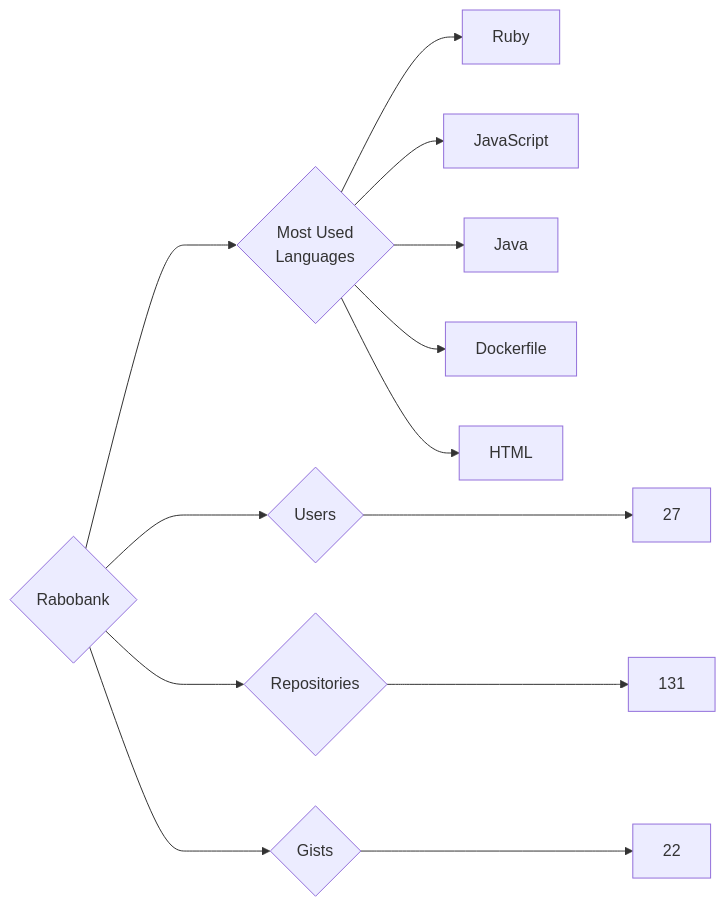
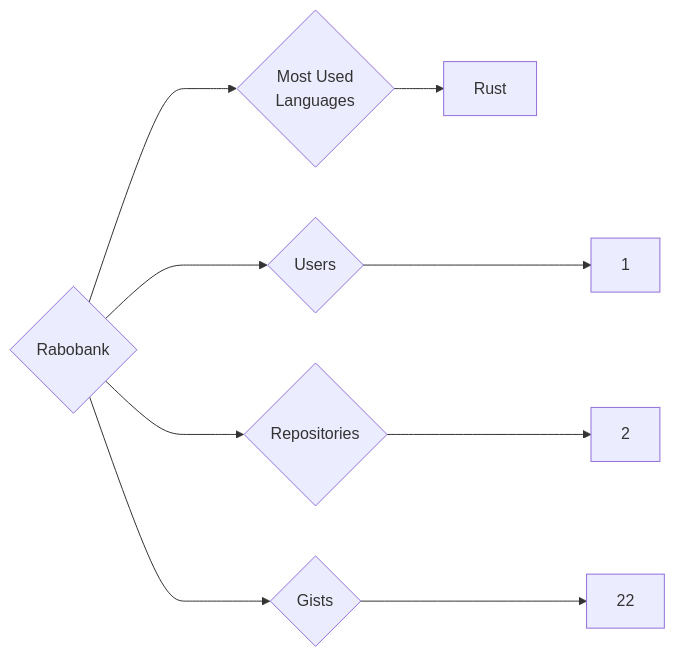
One commit to trickest/insiders changed the diagram in targets/Rabobank/README.md. Above: the diagram before and after it, drawn with Mermaid. The commit also changed 444 other files, not shown here.

````diff
--- a/targets/Rabobank/README.md
+++ b/targets/Rabobank/README.md
@@ -3,13 +3,9 @@
 ```mermaid
 graph LR
 COMPANY_NAME{Rabobank}
-COMPANY_NAME ---> U{Users} ---> UN[27]
-COMPANY_NAME ---> R{Repositories} ---> RN[131]
+COMPANY_NAME ---> U{Users} ---> UN[1]
+COMPANY_NAME ---> R{Repositories} ---> RN[2]
 COMPANY_NAME ---> G{Gists} ---> GN[22]
 COMPANY_NAME ---> ML{Most Used<br>Languages}
-ML --> Ruby[Ruby]
-ML --> JavaScript[JavaScript]
-ML --> Java[Java]
-ML --> Dockerfile[Dockerfile]
-ML --> HTML[HTML]
+ML --> Rust[Rust]
 ```
````
